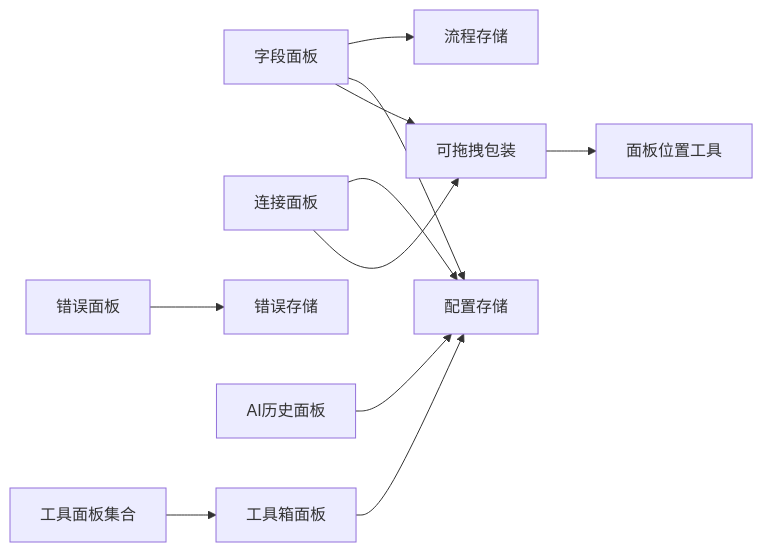
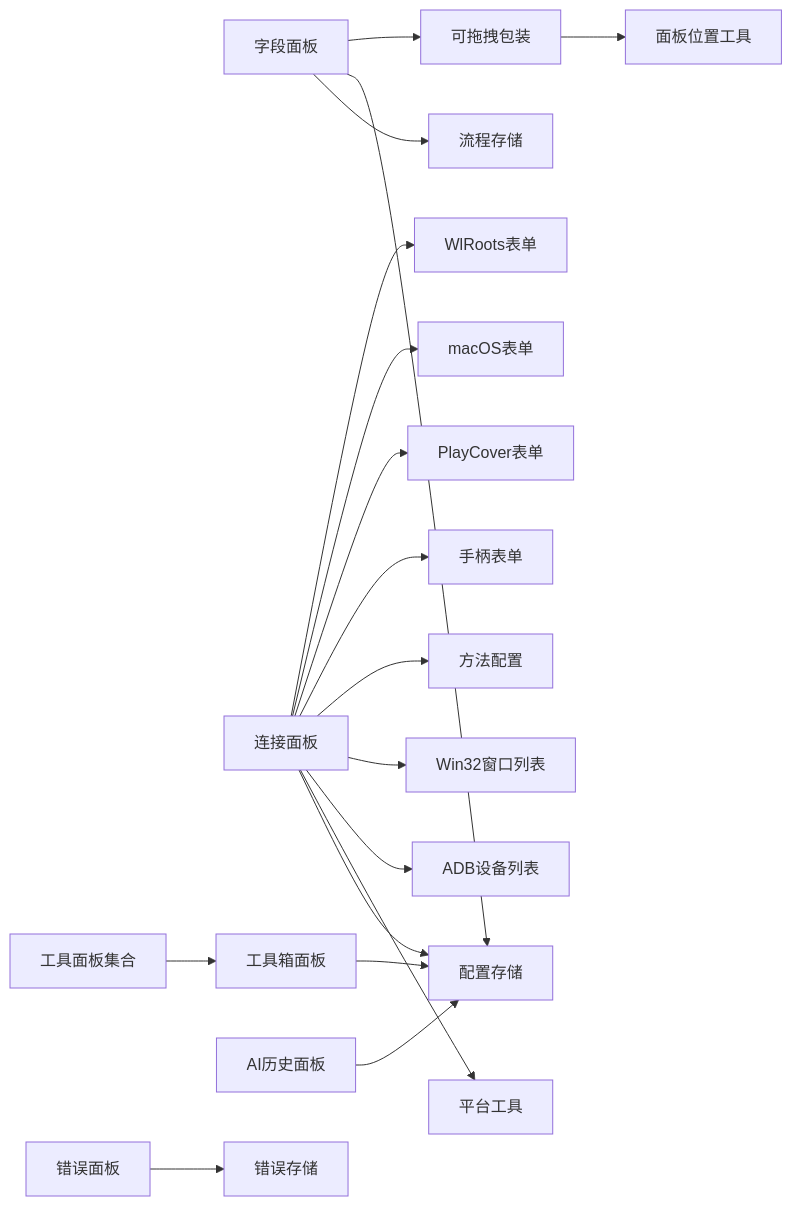
Before and after one commit to kqcoxn/MaaPipelineEditor: diagram 12 of 12 in .qoder/repowiki/zh/content/用户界面/面板系统/面板系统.md, drawn with Mermaid. The commit also changed other lines of this file and 6 other files, not shown here.

````diff
--- a/.qoder/repowiki/zh/content/用户界面/面板系统/面板系统.md
+++ b/.qoder/repowiki/zh/content/用户界面/面板系统/面板系统.md
@@ -459,13 +592,20 @@
 ```mermaid
 graph LR
 FP["字段面板"] --> FS["流程存储"]
 FP --> CS["配置存储"]
 CONP["连接面板"] --> CS
+CONP --> UTILS["平台工具"]
+CONP --> ADBL["ADB设备列表"]
+CONP --> WINL["Win32窗口列表"]
+CONP --> METH["方法配置"]
+CONP --> GPFORM["手柄表单"]
+CONP --> PCFORM["PlayCover表单"]
+CONP --> MACFORM["macOS表单"]
+CONP --> WLFORM["WlRoots表单"]
 EP["错误面板"] --> ES["错误存储"]
 AHP["AI历史面板"] --> CS
 TB["工具箱面板"] --> CS
 DP["可拖拽包装"] --> PP["面板位置工具"]
 FP --> DP
-CONP --> DP
 TP["工具面板集合"] --> TB
 ```
````
